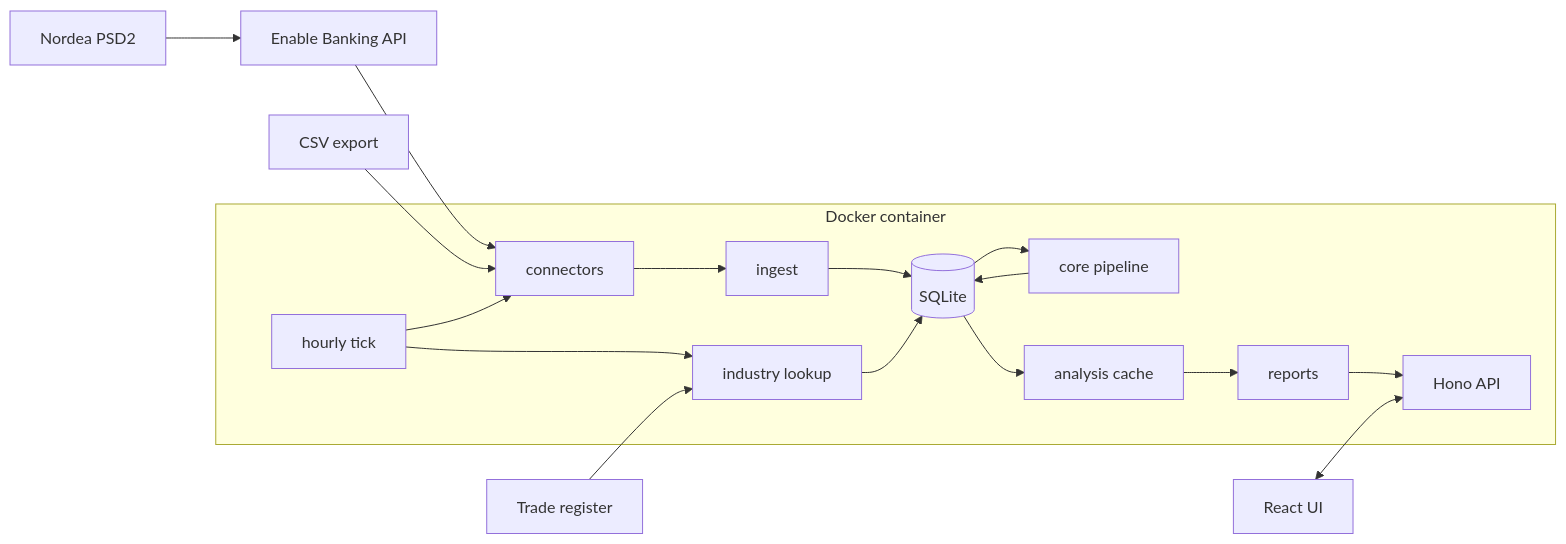
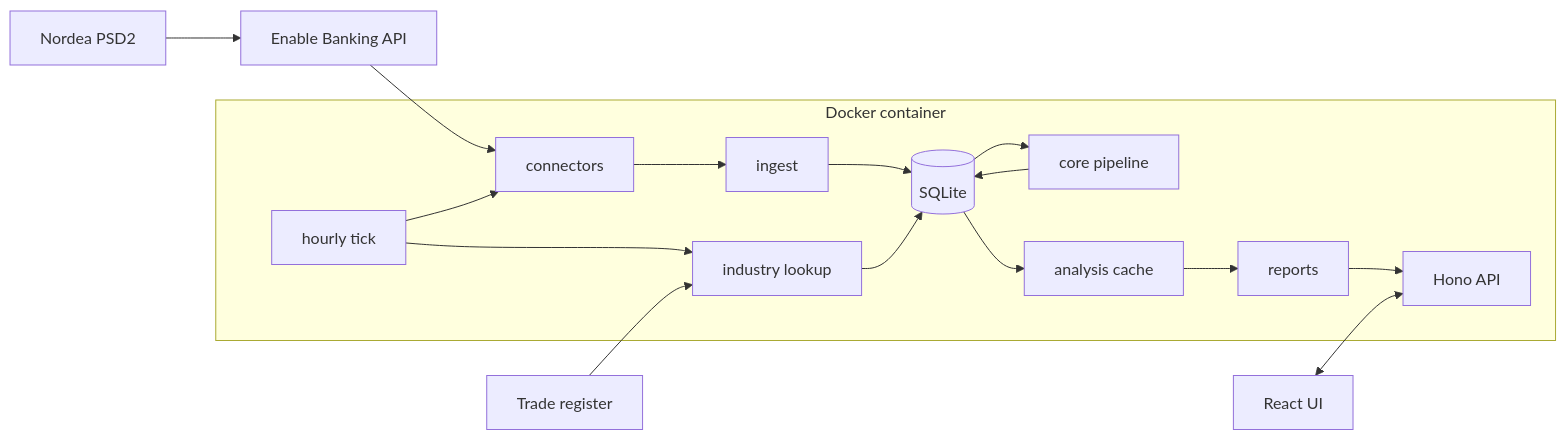
Before and after one commit to jouni-mikkola/omatalous: the diagram in docs/ARCHITECTURE.md, drawn with Mermaid. The commit also changed other lines of this file and 261 other files, not shown here.

````diff
--- a/docs/ARCHITECTURE.md
+++ b/docs/ARCHITECTURE.md
@@ -48,14 +48,13 @@
 ```mermaid
 flowchart LR
   N[Nordea PSD2] --> EB[Enable Banking API] --> P
-  CSV[CSV export] --> P
   subgraph Container["Docker container"]
     P[connectors] --> I[ingest] --> DB[(SQLite)]
     DB --> E[core pipeline] --> DB
     DB --> C[analysis cache] --> R[reports] --> API[Hono API]
     S[hourly tick] --> P
     S --> L[industry lookup] --> DB
   end
   PRH[Trade register] --> L
   UI[React UI] <--> API
 ```
````
